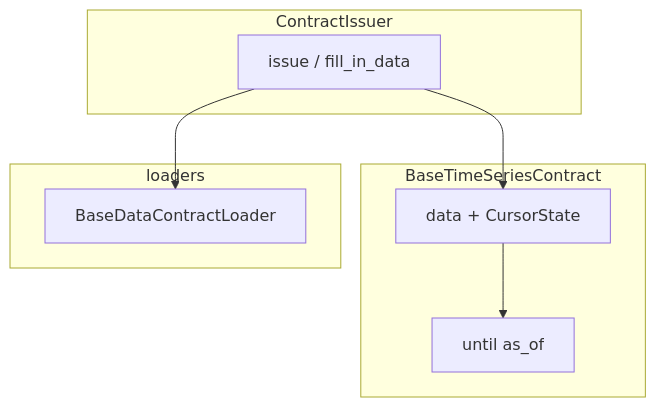
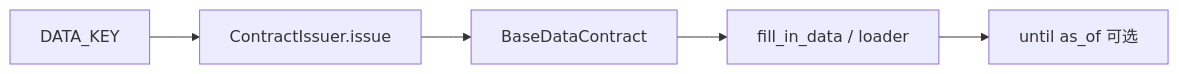
One commit to garnet1985/new-tea-quant changed the diagram in core/modules/data_contract/docs/ARCHITECTURE.md. Above: the diagram before and after it, drawn with Mermaid. The commit also changed other lines of this file and 25 other files, not shown here.

Commit message:
complete reviewing data contract module

````diff
--- a/core/modules/data_contract/docs/ARCHITECTURE.md
+++ b/core/modules/data_contract/docs/ARCHITECTURE.md
@@ -35,16 +41,7 @@
 ```mermaid
-flowchart TB
-  subgraph Issue [ContractIssuer]
-    F[issue / fill_in_data]
-  end
-  subgraph TS [BaseTimeSeriesContract]
-    DC[data + CursorState]
-    UNT[until as_of]
-  end
-  subgraph Load [loaders]
-    L[BaseDataContractLoader]
-  end
-  F --> L
-  F --> DC
-  DC --> UNT
+flowchart LR
+  K[DATA_KEY] --> I[ContractIssuer.issue]
+  I --> C[BaseDataContract]
+  C --> F[fill_in_data / loader]
+  F --> U[until as_of 可选]
 ```
````
